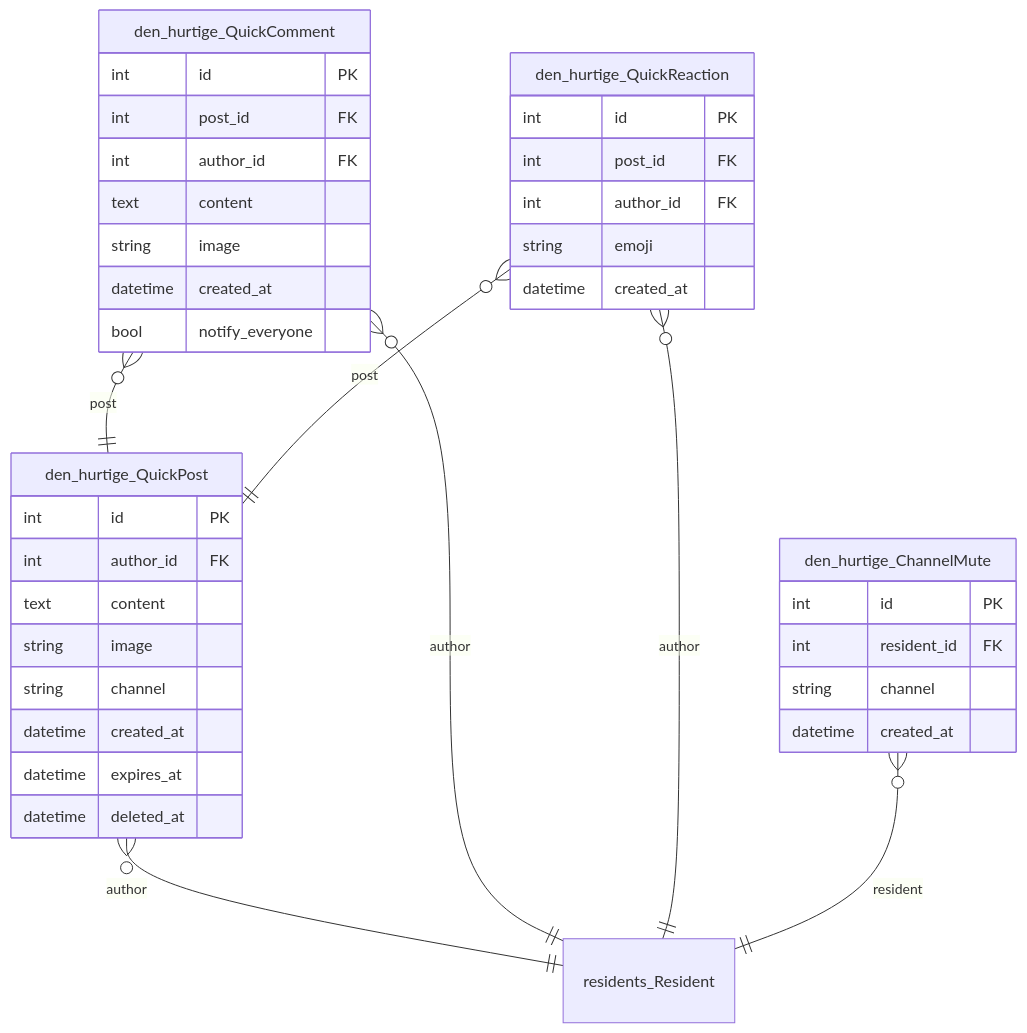
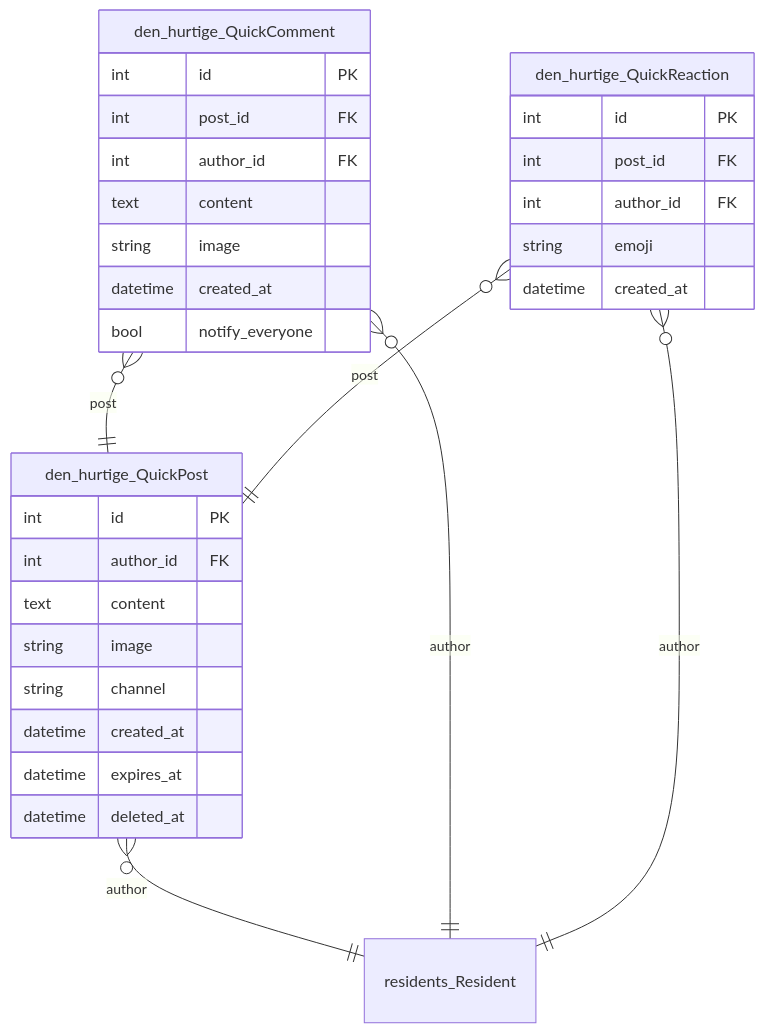
Before and after one commit to GAHK-org/gahk_intern: the seventh of 16 diagrams in docs/erd.md, drawn with Mermaid. The commit also changed other lines of this file and 65 other files, not shown here.

````diff
--- a/docs/erd.md
+++ b/docs/erd.md
@@ -989,47 +1031,39 @@
 ```mermaid
 erDiagram
     den_hurtige_QuickPost {
         int id PK
         int author_id FK
         text content
         string image
         string channel
         datetime created_at
         datetime expires_at
         datetime deleted_at
     }
 
     den_hurtige_QuickComment {
         int id PK
         int post_id FK
         int author_id FK
         text content
         string image
         datetime created_at
         bool notify_everyone
     }
 
     den_hurtige_QuickReaction {
         int id PK
         int post_id FK
         int author_id FK
         string emoji
         datetime created_at
     }
 
-    den_hurtige_ChannelMute {
-        int id PK
-        int resident_id FK
-        string channel
-        datetime created_at
-    }
-
     residents_Resident { }
 
     den_hurtige_QuickPost }o--|| residents_Resident : "author"
     den_hurtige_QuickComment }o--|| den_hurtige_QuickPost : "post"
     den_hurtige_QuickComment }o--|| residents_Resident : "author"
     den_hurtige_QuickReaction }o--|| den_hurtige_QuickPost : "post"
     den_hurtige_QuickReaction }o--|| residents_Resident : "author"
-    den_hurtige_ChannelMute }o--|| residents_Resident : "resident"
 ```
````
